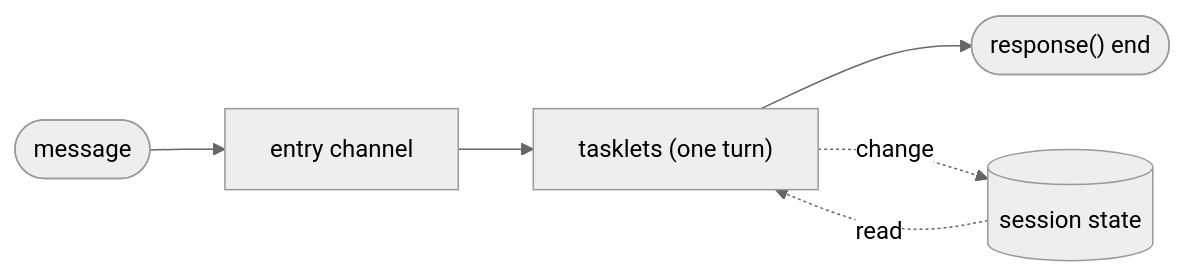
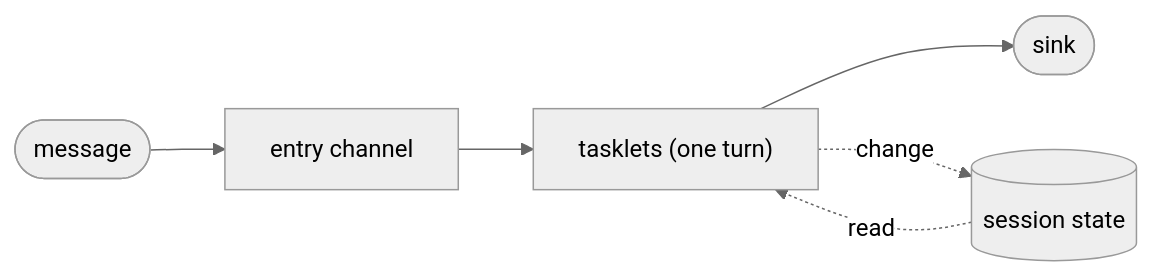
Before and after one commit to Flezha/flezha: the diagram in docs/topics/advanced/sessions.md, drawn with Mermaid (neutral theme). The commit also changed other lines of this file and 89 other files, not shown here.

````diff
--- a/docs/topics/advanced/sessions.md
+++ b/docs/topics/advanced/sessions.md
@@ -15,6 +15,6 @@
 ```mermaid
 flowchart LR
-    M(["message"]) --> E["entry channel"] --> T["tasklets (one turn)"] --> R(["response() end"])
+    M(["message"]) --> E["entry channel"] --> T["tasklets (one turn)"] --> R(["sink"])
     T -. "change" .-> S[("session state")]
     S -. "read" .-> T
 ```
````
